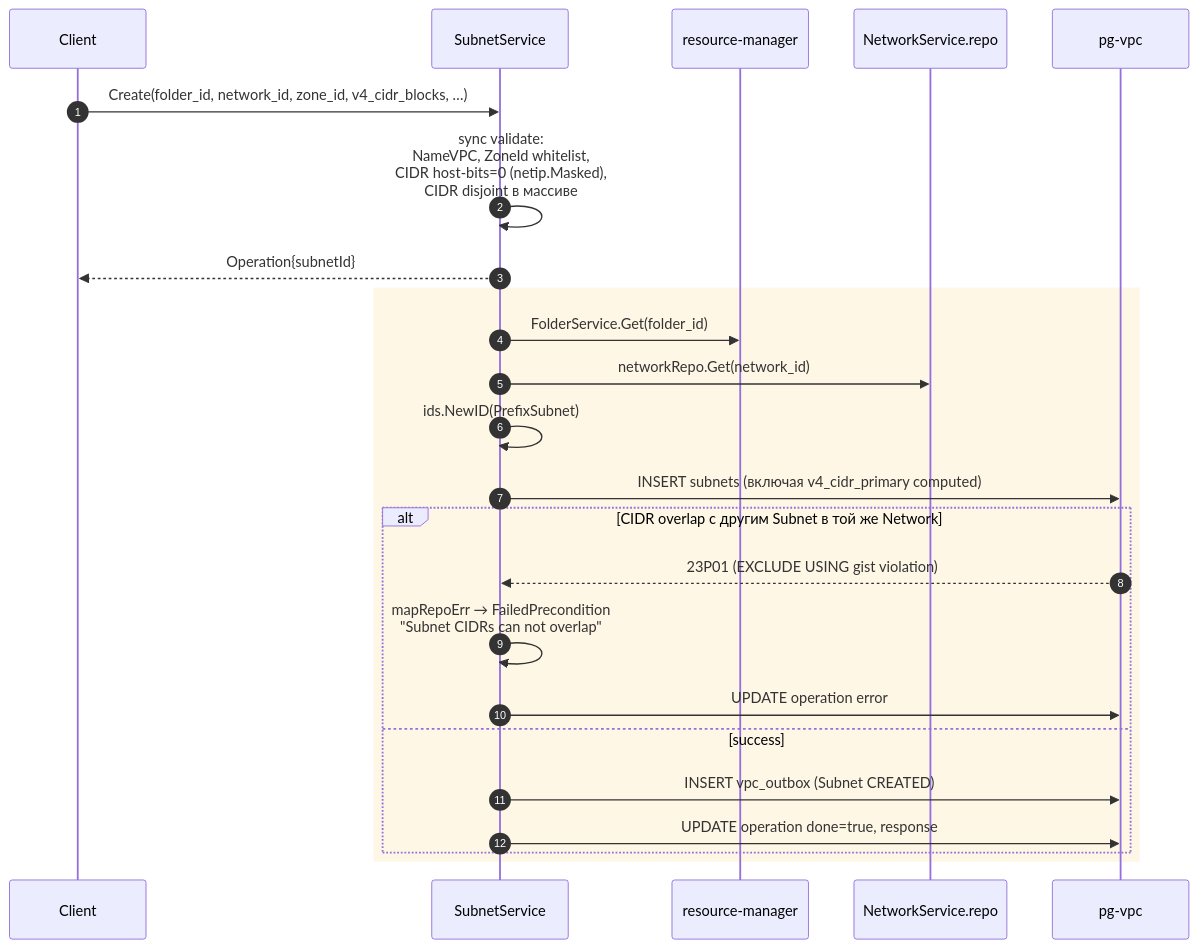
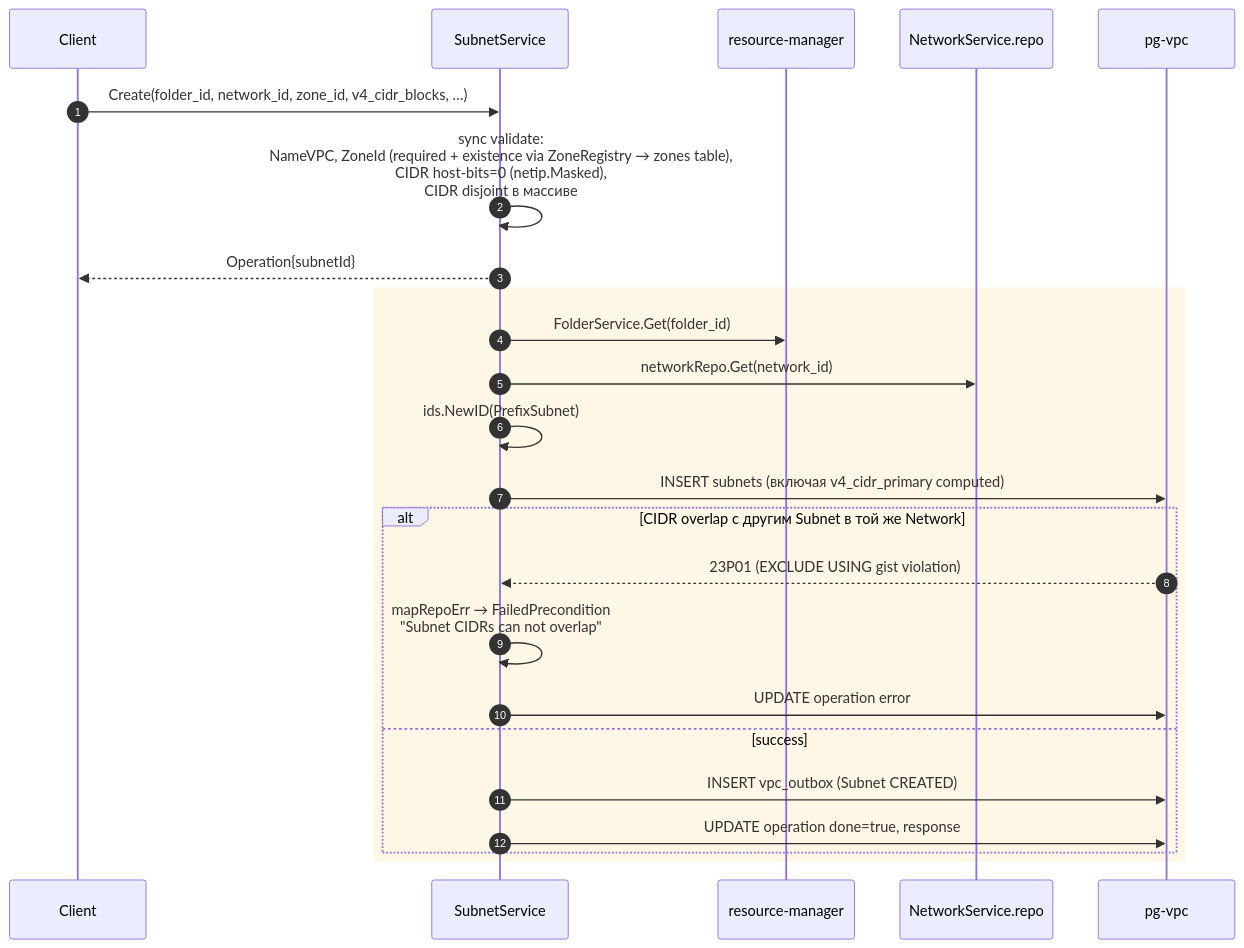
One commit to PRO-Robotech/kacho-vpc changed the second of 9 diagrams in docs/architecture/02-data-flows.md. Above: the diagram before and after it, drawn with Mermaid. The commit also changed other lines of this file and 10 other files, not shown here.

````diff
--- a/docs/architecture/02-data-flows.md
+++ b/docs/architecture/02-data-flows.md
@@ -69,30 +69,30 @@
 ```mermaid
 sequenceDiagram
   autonumber
   participant U as Client
   participant S as SubnetService
   participant RM as resource-manager
   participant N as NetworkService.repo
   participant DB as pg-vpc
 
   U->>S: Create(folder_id, network_id, zone_id, v4_cidr_blocks, …)
-  S->>S: sync validate:<br/>  NameVPC, ZoneId whitelist,<br/>  CIDR host-bits=0 (netip.Masked),<br/>  CIDR disjoint в массиве
+  S->>S: sync validate:<br/>  NameVPC, ZoneId (required + existence via ZoneRegistry → zones table),<br/>  CIDR host-bits=0 (netip.Masked),<br/>  CIDR disjoint в массиве
   S-->>U: Operation{subnetId}
 
   rect rgb(255,247,230)
   S->>RM: FolderService.Get(folder_id)
   S->>N: networkRepo.Get(network_id)
   S->>S: ids.NewID(PrefixSubnet)
 
   S->>DB: INSERT subnets (включая v4_cidr_primary computed)
 
   alt CIDR overlap с другим Subnet в той же Network
     DB-->>S: 23P01 (EXCLUDE USING gist violation)
     S->>S: mapRepoErr → FailedPrecondition<br/>"Subnet CIDRs can not overlap"
     S->>DB: UPDATE operation error
   else success
     S->>DB: INSERT vpc_outbox (Subnet CREATED)
     S->>DB: UPDATE operation done=true, response
   end
   end
 ```
````
